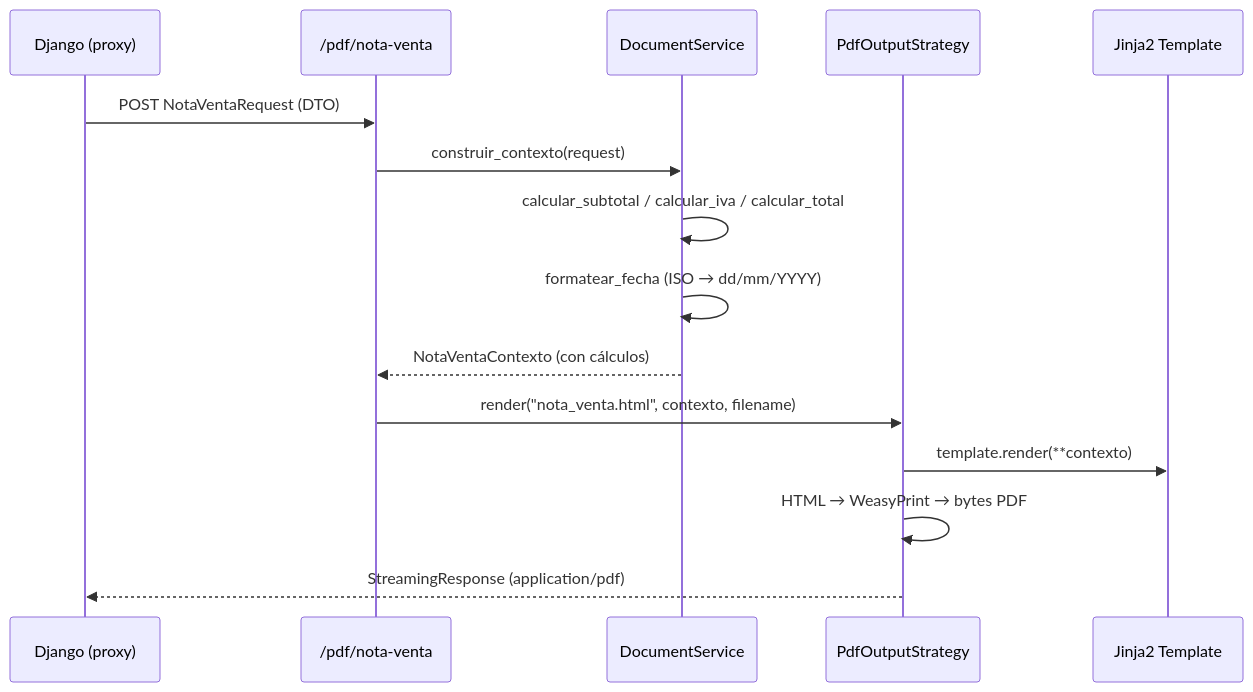
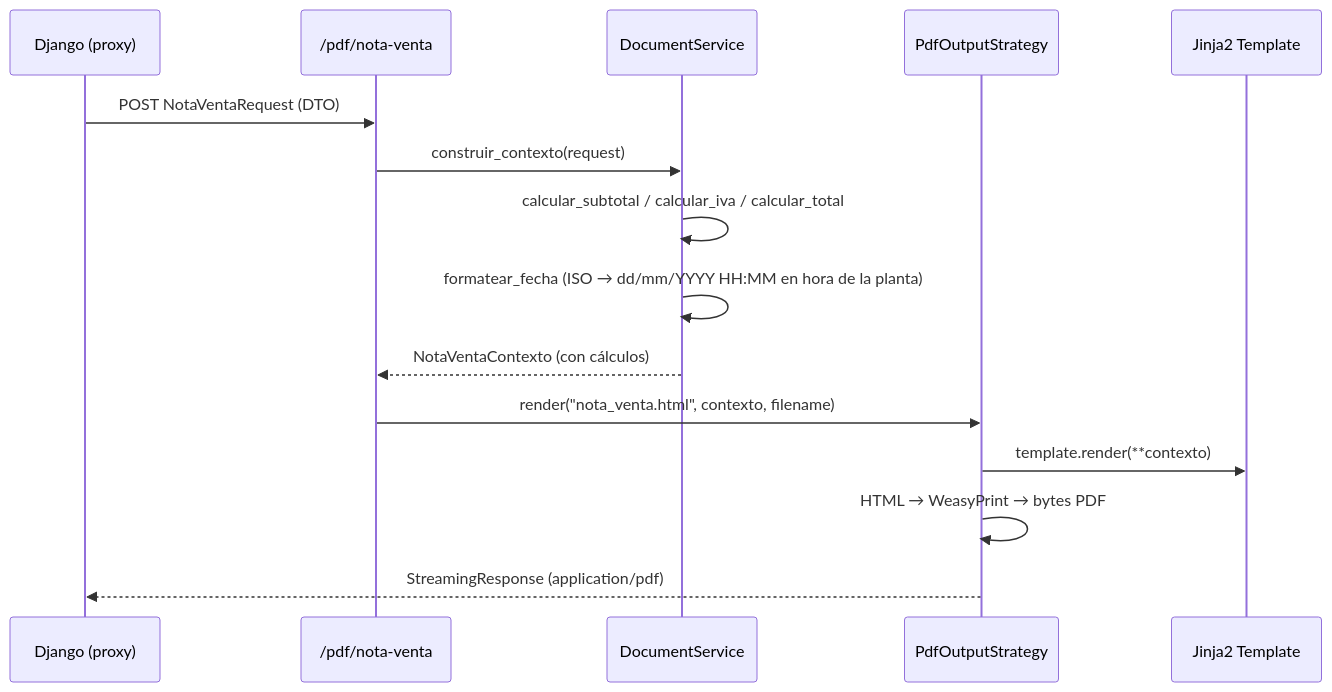
One commit to DevBrandonArellano/TexCore changed the diagram in docs/arquitectura/MICROSERVICIO_IMPRESION.md. Above: the diagram before and after it, drawn with Mermaid. The commit also changed other lines of this file and 29 other files, not shown here.

First line of the commit message:
fix(pdf): mostrar fechas y horas en la hora de la planta

````diff
--- a/docs/arquitectura/MICROSERVICIO_IMPRESION.md
+++ b/docs/arquitectura/MICROSERVICIO_IMPRESION.md
@@ -45,18 +45,18 @@
 ```mermaid
 sequenceDiagram
     participant DJN as Django (proxy)
     participant Router as /pdf/nota-venta
     participant DS as DocumentService
     participant PDF as PdfOutputStrategy
     participant Tmpl as Jinja2 Template
 
     DJN->>Router: POST NotaVentaRequest (DTO)
     Router->>DS: construir_contexto(request)
     DS->>DS: calcular_subtotal / calcular_iva / calcular_total
-    DS->>DS: formatear_fecha (ISO → dd/mm/YYYY)
+    DS->>DS: formatear_fecha (ISO → dd/mm/YYYY HH:MM en hora de la planta)
     DS-->>Router: NotaVentaContexto (con cálculos)
     Router->>PDF: render("nota_venta.html", contexto, filename)
     PDF->>Tmpl: template.render(**contexto)
     PDF->>PDF: HTML → WeasyPrint → bytes PDF
     PDF-->>DJN: StreamingResponse (application/pdf)
 ```
````
